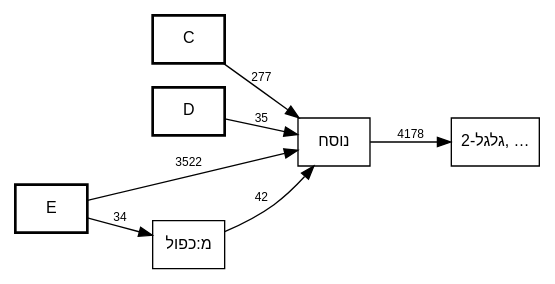
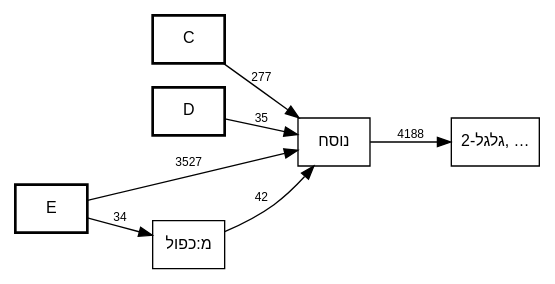
Before and after one commit to bdenckla/MAM-basics: the diagram in out/MAM-tmpl-survey/plain-nusach-call-graph.dot, drawn with Graphviz. The commit also changed 12 other files, not shown here.

```diff
--- a/out/MAM-tmpl-survey/plain-nusach-call-graph.dot
+++ b/out/MAM-tmpl-survey/plain-nusach-call-graph.dot
@@ -1,68 +1,68 @@
 digraph template_call_graph {
     rankdir=LR;
     node [fontname="SBL Hebrew,Helvetica", fontsize=12];
     edge [fontname="Helvetica", fontsize=9];
 
     // Column nodes
     node [shape=box, style=bold];
     "C";
     "D";
     "E";
 
     // Template nodes
     node [shape=box, style=""];
     "גלגל-2" [label="גלגל-2, …", tooltip="גלגל-2
 כו\"ק
 כתיב ולא קרי
 מ:אות מנוקדת
 מ:אות-ג
 מ:אות-ק
 מ:אין פרשה בתחילת פרק
 מ:אין פרשה בתחילת פרק בספרי אמ\"ת
 מ:גרש ותלישא גדולה
 מ:גרשיים ותלישא גדולה
 מ:דחי
 מ:טעם ומתג באות אחת
 מ:ירושלם
 מ:כו\"ק בין שני מקפים
 מ:כו\"ק כתיב מילה חדה וקרי תרתין מילין
 מ:כו\"ק כתיב מילה חדה וקרי תרתין מילין בין שני מקפים
 מ:כו\"ק כתיב תרתין מילין וקרי מילה חדה
 מ:כו\"ק קרי שונה מהכתיב בשתי מילים
 מ:כו\"ק של שלוש מילים בהערה אחת
 מ:כו\"ק של שתי מילים בהערה אחת
 מ:לגרמיה-2
 מ:מקף אפור
 מ:נו\"ן הפוכה
 מ:סיום בטוב
 מ:פסוק
 מ:פסק
 מ:צינור
 מ:קו\"כ כתיב מילה חדה וקרי תרתין מילין
 מ:קו\"כ קרי שונה מהכתיב בשתי מילים
 מ:קישור בהערה
 מ:קישור פנימי בהערה
 מ:קמץ
 מודגש
 סס
 ססס
 פפ
 פפפ
 קו\"כ
 קו\"כ-אם
 קרי ולא כתיב
 ר0
 ר1
 ר3
 ר4
 ש
 שני טעמים באות אחת קמץ-תחתון-פתח-עליון"];
 
     // Edges
     "C" -> "נוסח" [label="277"];
     "D" -> "נוסח" [label="35"];
     "E" -> "מ:כפול" [label="34"];
-    "E" -> "נוסח" [label="3522"];
+    "E" -> "נוסח" [label="3527"];
     "מ:כפול" -> "נוסח" [label="42"];
-    "נוסח" -> "גלגל-2" [label="4178"];
+    "נוסח" -> "גלגל-2" [label="4188"];
 }
```
